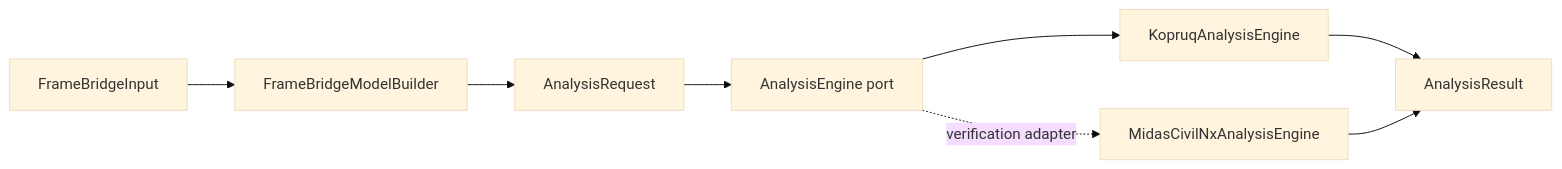
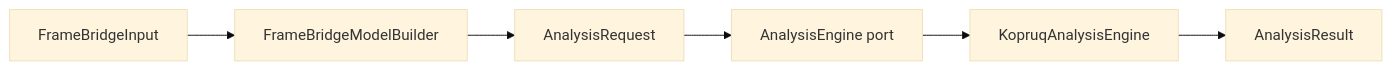
Before and after one commit to zharput/KOPRUQ: the third of 4 diagrams in backend/README.md, drawn with Mermaid (base theme). The commit also changed other lines of this file and 50 other files, not shown here.

````diff
--- a/backend/README.md
+++ b/backend/README.md
@@ -250,14 +246,12 @@
 ```mermaid
 flowchart LR
     Input[FrameBridgeInput]
     Builder[FrameBridgeModelBuilder]
     Request[AnalysisRequest]
     Port[AnalysisEngine port]
     Native[KopruqAnalysisEngine]
-    Midas[MidasCivilNxAnalysisEngine]
     Result[AnalysisResult]
 
     Input --> Builder --> Request --> Port
     Port --> Native --> Result
-    Port -. verification adapter .-> Midas --> Result
 ```
````
